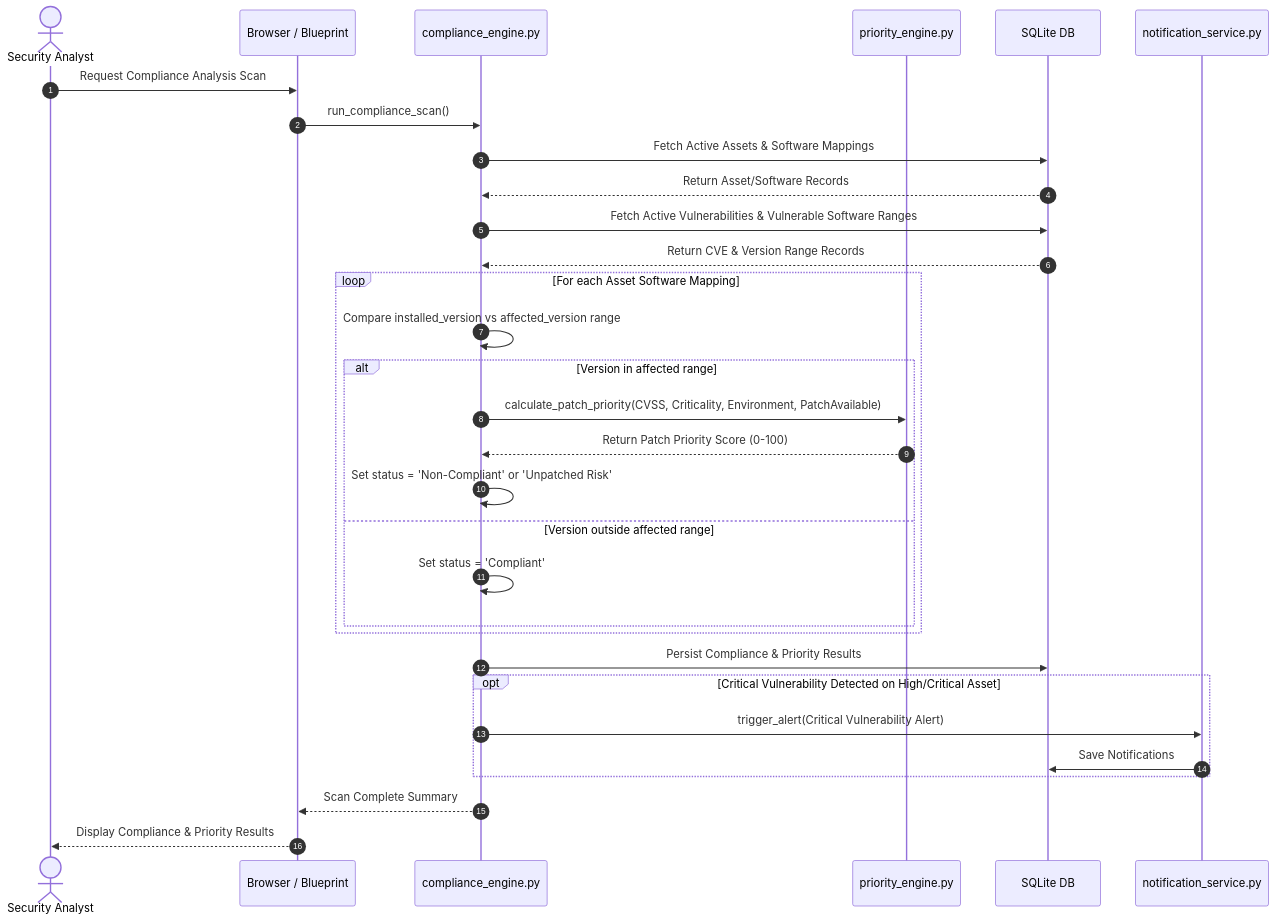
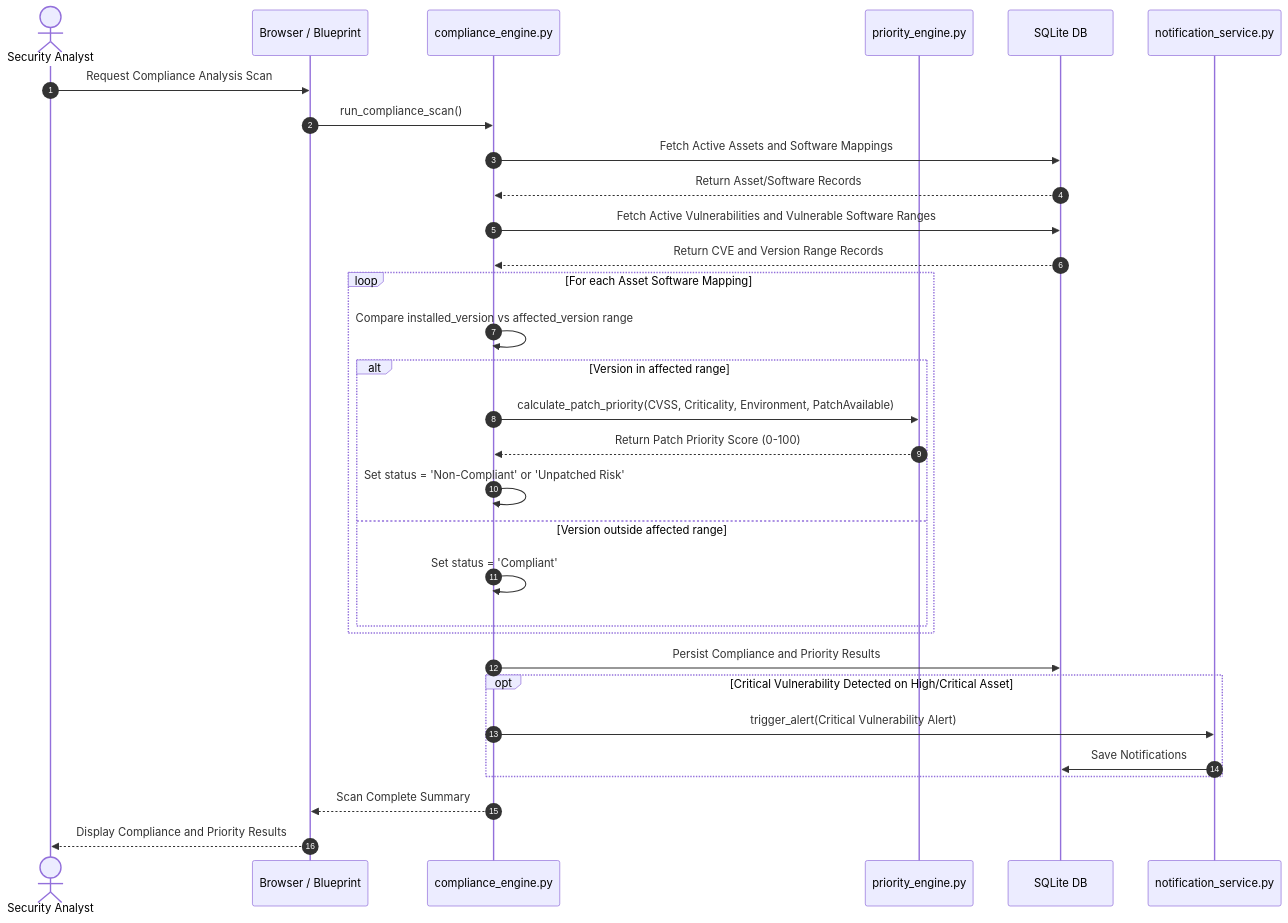
The sixth of 7 diagrams in docs/design.md (Hareekshith/EPCRAS), drawn with Mermaid before and after one commit. The commit also changed other lines of this file, not shown here.

````diff
--- a/docs/design.md
+++ b/docs/design.md
@@ -447,38 +447,38 @@
 ```mermaid
 sequenceDiagram
     autonumber
     actor Analyst as Security Analyst
     participant UI as Browser / Blueprint
     participant CE as compliance_engine.py
     participant PE as priority_engine.py
     participant DB as SQLite DB
     participant NS as notification_service.py
 
     Analyst->>UI: Request Compliance Analysis Scan
     UI->>CE: run_compliance_scan()
-    CE->>DB: Fetch Active Assets & Software Mappings
+    CE->>DB: Fetch Active Assets and Software Mappings
     DB-->>CE: Return Asset/Software Records
-    CE->>DB: Fetch Active Vulnerabilities & Vulnerable Software Ranges
-    DB-->>CE: Return CVE & Version Range Records
+    CE->>DB: Fetch Active Vulnerabilities and Vulnerable Software Ranges
+    DB-->>CE: Return CVE and Version Range Records
     
     loop For each Asset Software Mapping
         CE->>CE: Compare installed_version vs affected_version range
         alt Version in affected range
             CE->>PE: calculate_patch_priority(CVSS, Criticality, Environment, PatchAvailable)
             PE-->>CE: Return Patch Priority Score (0-100)
             CE->>CE: Set status = 'Non-Compliant' or 'Unpatched Risk'
         else Version outside affected range
             CE->>CE: Set status = 'Compliant'
         end
     end
 
-    CE->>DB: Persist Compliance & Priority Results
+    CE->>DB: Persist Compliance and Priority Results
     
     opt Critical Vulnerability Detected on High/Critical Asset
         CE->>NS: trigger_alert(Critical Vulnerability Alert)
         NS->>DB: Save Notifications
     end
 
     CE-->>UI: Scan Complete Summary
-    UI-->>Analyst: Display Compliance & Priority Results
+    UI-->>Analyst: Display Compliance and Priority Results
 ```
````
